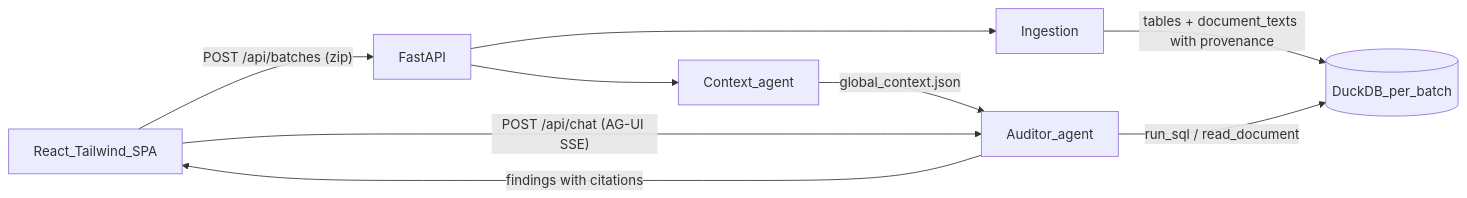
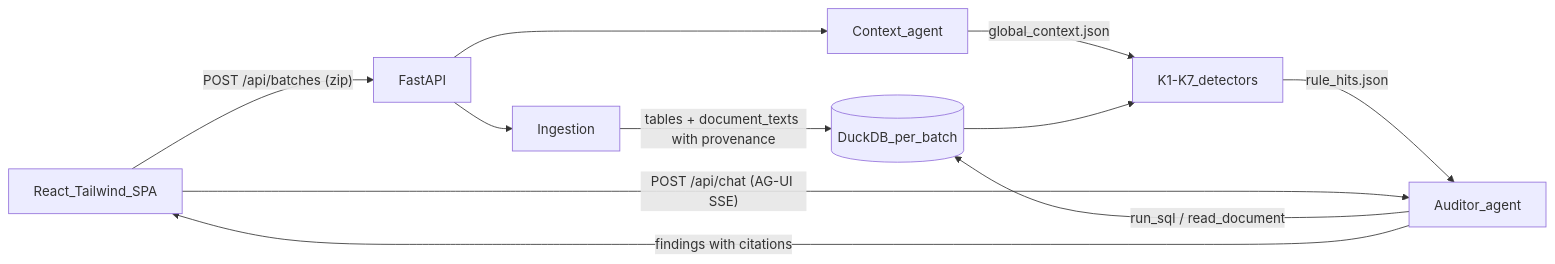
Before and after one commit to M-Ali-ML/almedia-hackathon: the diagram in docs/mvp.md, drawn with Mermaid. The commit also changed other lines of this file and 14 other files, not shown here.

````diff
--- a/docs/mvp.md
+++ b/docs/mvp.md
@@ -9,11 +9,13 @@
 ```mermaid
 flowchart LR
     UI[React_Tailwind_SPA] -->|"POST /api/batches (zip)"| API[FastAPI]
     API --> ING[Ingestion]
     ING -->|"tables + document_texts with provenance"| DB[(DuckDB_per_batch)]
     API --> CTX[Context_agent]
-    CTX -->|"global_context.json"| AGENT[Auditor_agent]
+    CTX -->|"global_context.json"| RULES[K1-K7_detectors]
+    DB --> RULES
+    RULES -->|"rule_hits.json"| AGENT[Auditor_agent]
     AGENT -->|"run_sql / read_document"| DB
     AGENT -->|"findings with citations"| UI
     UI -->|"POST /api/chat (AG-UI SSE)"| AGENT
 ```
````
